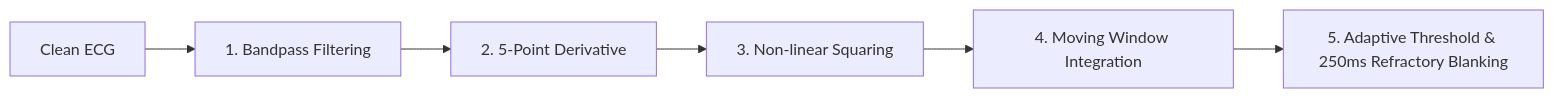
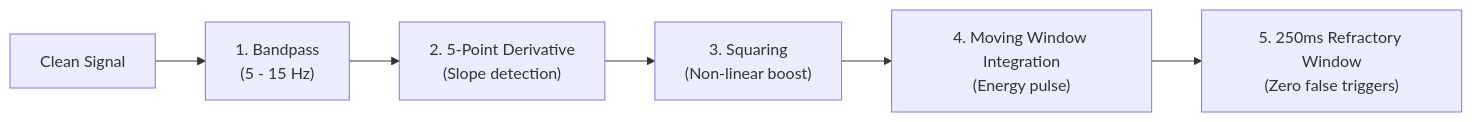
One commit to prajna0605/aids changed the second of 2 diagrams in guide.md. Above: the diagram before and after it, drawn with Mermaid. The commit also changed other lines of this file, not shown here.

Commit message:
Docs: Redesign guide.md as an architectural 'build from scratch' manual with engineering rationale

````diff
--- a/guide.md
+++ b/guide.md
@@ -128,8 +138,8 @@
 ```mermaid
 graph LR
-    A["Clean ECG"] --> B["1. Bandpass Filtering"]
-    B --> C["2. 5-Point Derivative"]
-    C --> D["3. Non-linear Squaring"]
-    D --> E["4. Moving Window Integration"]
-    E --> F["5. Adaptive Threshold & 250ms Refractory Blanking"]
+    A["Clean Signal"] --> B["1. Bandpass<br/>(5 - 15 Hz)"]
+    B --> C["2. 5-Point Derivative<br/>(Slope detection)"]
+    C --> D["3. Squaring<br/>(Non-linear boost)"]
+    D --> E["4. Moving Window Integration<br/>(Energy pulse)"]
+    E --> F["5. 250ms Refractory Window<br/>(Zero false triggers)"]
 ```
````
